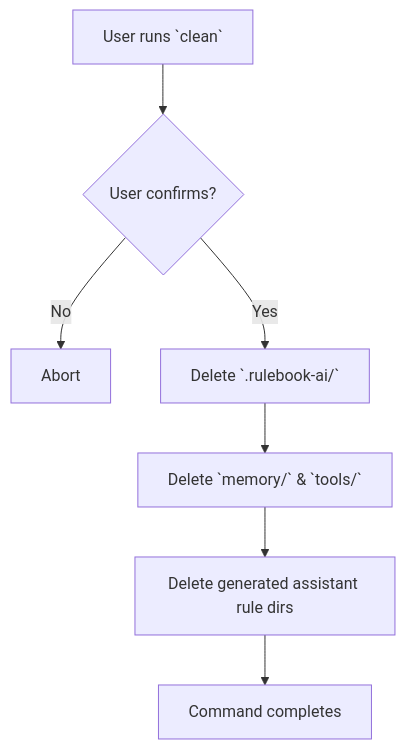
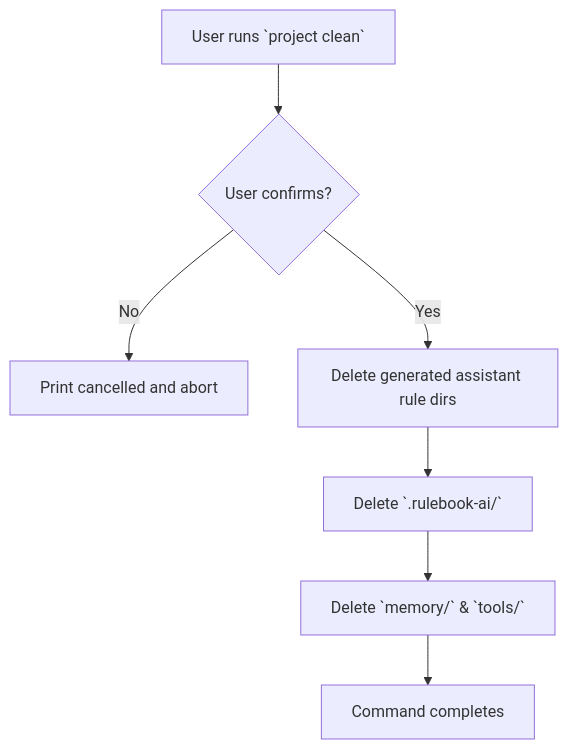
One commit to botingw/rulebook-ai changed the fourth of 6 diagrams in memory/docs/features/manage_rules/command_flow_diagrams.md. Above: the diagram before and after it, drawn with Mermaid. The commit also changed other lines of this file and 2 other files, not shown here.

First line of the commit message:
docs: align ADR-002, flow diagrams, and plan with the implemented CLI

````diff
--- a/memory/docs/features/manage_rules/command_flow_diagrams.md
+++ b/memory/docs/features/manage_rules/command_flow_diagrams.md
@@ -52,9 +51,9 @@
 ```mermaid
 flowchart TD
-    A[User runs `clean`] --> B{User confirms?}
-    B -- No --> Z[Abort]
-    B -- Yes --> C[Delete `.rulebook-ai/`]
-    C --> D[Delete `memory/` & `tools/`]
-    D --> E[Delete generated assistant rule dirs]
+    A[User runs `project clean`] --> B{User confirms?}
+    B -- No --> Z[Print cancelled and abort]
+    B -- Yes --> C[Delete generated assistant rule dirs]
+    C --> D[Delete `.rulebook-ai/`]
+    D --> E[Delete `memory/` & `tools/`]
     E --> F[Command completes]
 ```
````
